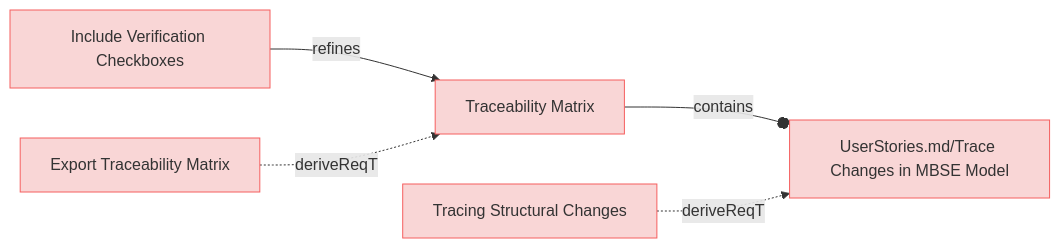
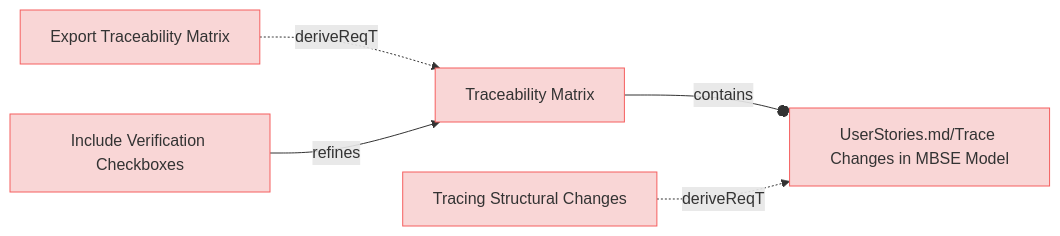
The sixth of 9 diagrams in specifications/UserRequirements.md (reqvire-org/reqvire), drawn with Mermaid before and after one commit. The commit also changed other lines of this file and 14 other files, not shown here.

Commit message:
Diagrams updated.

````diff
--- a/specifications/UserRequirements.md
+++ b/specifications/UserRequirements.md
@@ -424,28 +433,28 @@
 ```mermaid
 graph LR;
   %% Graph styling
   classDef requirement fill:#f9d6d6,stroke:#f55f5f,stroke-width:1px;
   classDef verification fill:#d6f9d6,stroke:#5fd75f,stroke-width:1px;
   classDef externalLink fill:#d0e0ff,stroke:#3080ff,stroke-width:1px;
   classDef default fill:#f5f5f5,stroke:#333333,stroke-width:1px;
 
   4e30ea0930dc9c26["Traceability Matrix"];
   class 4e30ea0930dc9c26 requirement;
   click 4e30ea0930dc9c26 "UserRequirements.md#traceability-matrix";
   5ef9c8ae19a9f55a["UserStories.md/Trace Changes in MBSE Model"];
   class 5ef9c8ae19a9f55a requirement;
   click 5ef9c8ae19a9f55a "UserStories.md#trace-changes-in-mbse-model";
   4e30ea0930dc9c26 --o|contains| 5ef9c8ae19a9f55a;
-  6d32b919c82784b7["Include Verification Checkboxes"];
-  class 6d32b919c82784b7 requirement;
-  click 6d32b919c82784b7 "UserRequirements.md#include-verification-checkboxes";
-  6d32b919c82784b7 -->|refines| 4e30ea0930dc9c26;
   d7b7b13a5b8d96e1["Tracing Structural Changes"];
   class d7b7b13a5b8d96e1 requirement;
   click d7b7b13a5b8d96e1 "UserRequirements.md#tracing-structural-changes";
   d7b7b13a5b8d96e1 -.->|deriveReqT| 5ef9c8ae19a9f55a;
   7de9a55d6102af23["Export Traceability Matrix"];
   class 7de9a55d6102af23 requirement;
   click 7de9a55d6102af23 "UserRequirements.md#export-traceability-matrix";
   7de9a55d6102af23 -.->|deriveReqT| 4e30ea0930dc9c26;
+  6d32b919c82784b7["Include Verification Checkboxes"];
+  class 6d32b919c82784b7 requirement;
+  click 6d32b919c82784b7 "UserRequirements.md#include-verification-checkboxes";
+  6d32b919c82784b7 -->|refines| 4e30ea0930dc9c26;
 ```
````
